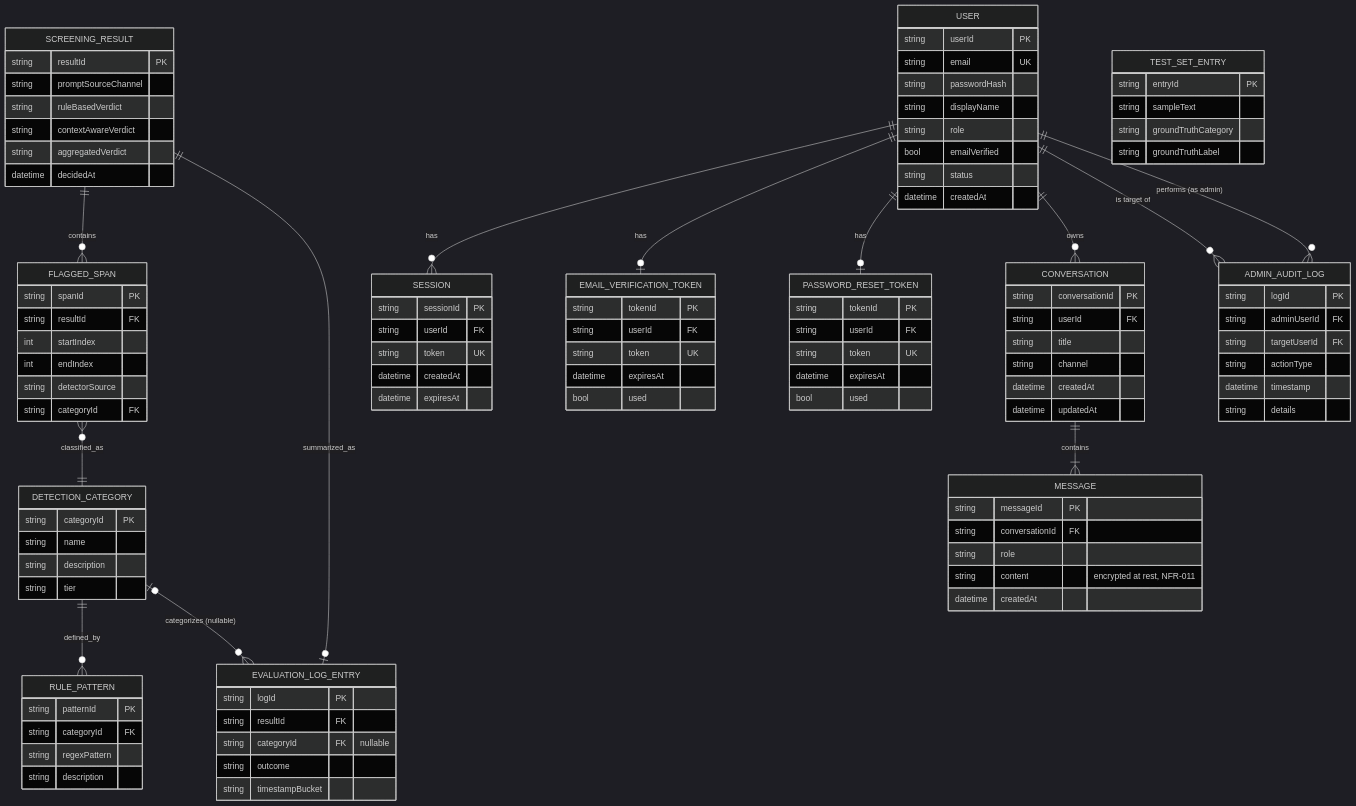
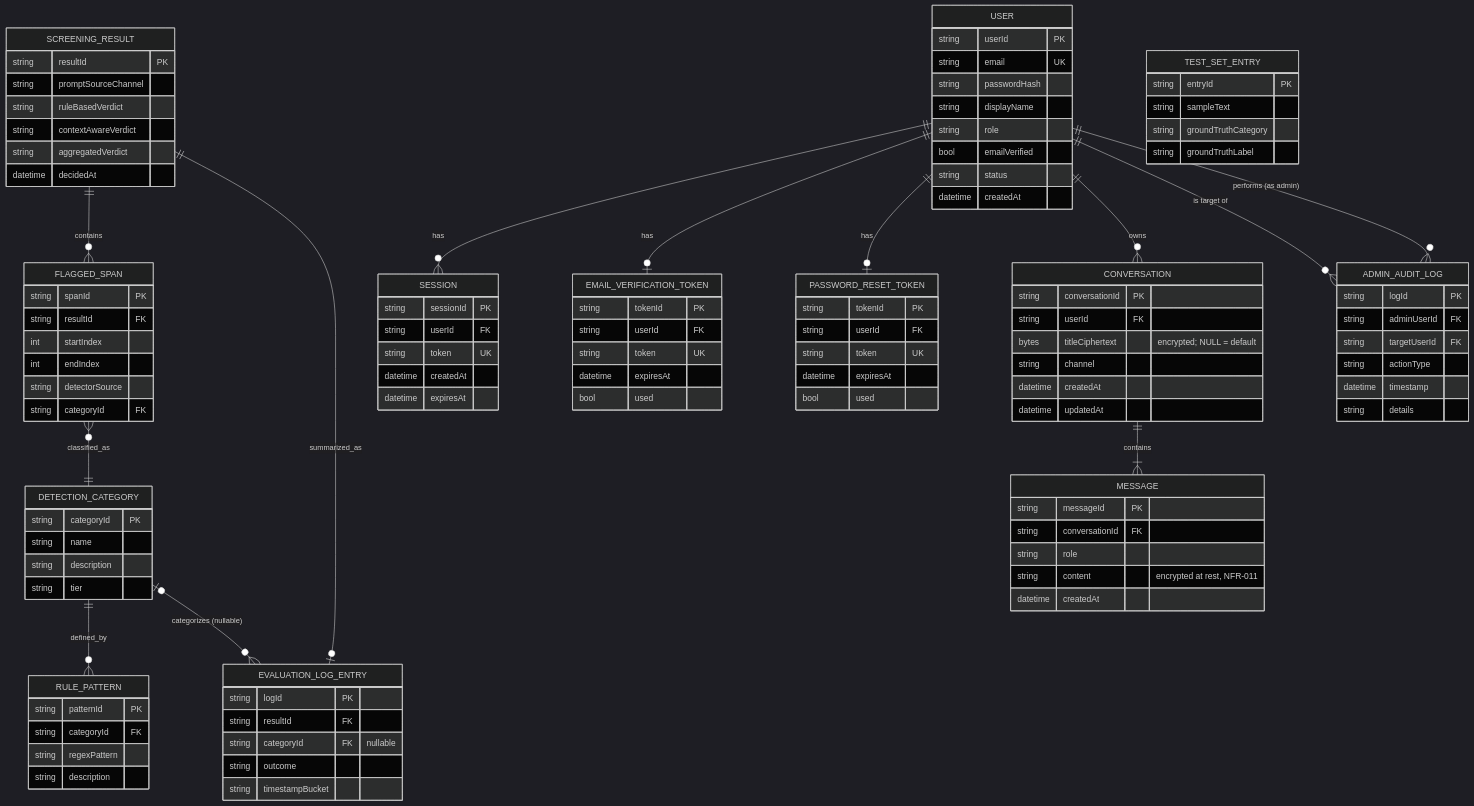
One commit to Skiet88/SentryPrompt changed the diagram in docs/architecture/ERD.md. Above: the diagram before and after it, drawn with Mermaid (dark theme). The commit also changed other lines of this file and 44 other files, not shown here.

```diff
--- a/docs/architecture/ERD.md
+++ b/docs/architecture/ERD.md
@@ -111,7 +111,7 @@
     CONVERSATION {
         string conversationId PK
         string userId FK
-        string title
+        bytes titleCiphertext "encrypted; NULL = default"
         string channel
         datetime createdAt
         datetime updatedAt
```
